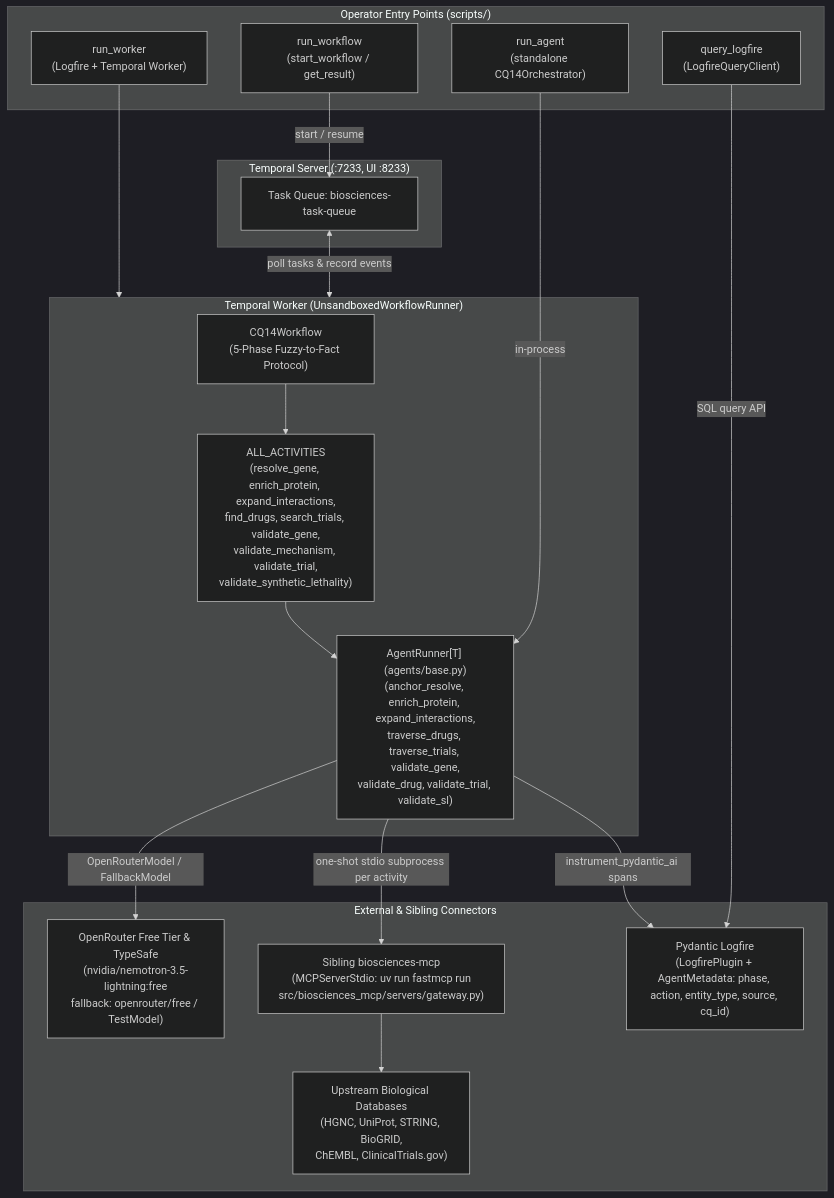
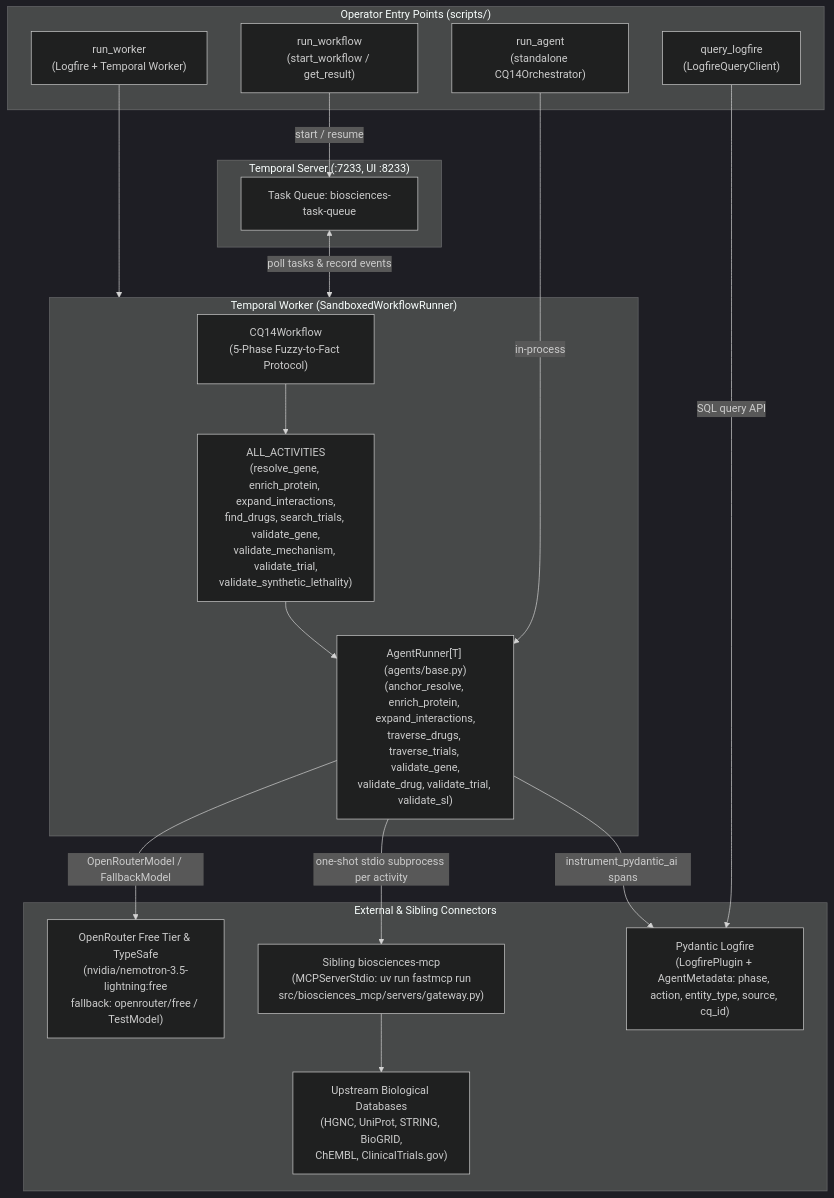
One commit to open-biosciences/biosciences-temporal changed the first of 3 diagrams in docs/ra_architecture/02_architecture_diagrams.md. Above: the diagram before and after it, drawn with Mermaid (dark theme). The commit also changed 8 other files, not shown here.

Commit message:
feat(temporal): switch worker to SandboxedWorkflowRunner and add sandbox validation test

````diff
--- a/docs/ra_architecture/02_architecture_diagrams.md
+++ b/docs/ra_architecture/02_architecture_diagrams.md
@@ -12,38 +12,38 @@
 ```mermaid
 flowchart TD
     subgraph CLI ["Operator Entry Points (scripts/)"]
         RA["run_agent<br/>(standalone CQ14Orchestrator)"]
         RWF["run_workflow<br/>(start_workflow / get_result)"]
         RWK["run_worker<br/>(Logfire + Temporal Worker)"]
         QL["query_logfire<br/>(LogfireQueryClient)"]
     end
 
     subgraph Temporal ["Temporal Server (:7233, UI :8233)"]
         TQ["Task Queue: biosciences-task-queue"]
     end
 
-    subgraph Worker ["Temporal Worker (UnsandboxedWorkflowRunner)"]
+    subgraph Worker ["Temporal Worker (SandboxedWorkflowRunner)"]
         WF["CQ14Workflow<br/>(5-Phase Fuzzy-to-Fact Protocol)"]
         ACT["ALL_ACTIVITIES<br/>(resolve_gene, enrich_protein, expand_interactions,<br/>find_drugs, search_trials, validate_gene,<br/>validate_mechanism, validate_trial,<br/>validate_synthetic_lethality)"]
         RUN["AgentRunner[T] (agents/base.py)<br/>(anchor_resolve, enrich_protein, expand_interactions,<br/>traverse_drugs, traverse_trials, validate_gene,<br/>validate_drug, validate_trial, validate_sl)"]
         WF --> ACT
         ACT --> RUN
     end
 
     subgraph Connectors ["External & Sibling Connectors"]
         OR["OpenRouter Free Tier & TypeSafe<br/>(nvidia/nemotron-3.5-lightning:free<br/>fallback: openrouter/free / TestModel)"]
         MCP["Sibling biosciences-mcp<br/>(MCPServerStdio: uv run fastmcp run<br/>src/biosciences_mcp/servers/gateway.py)"]
         APIS["Upstream Biological Databases<br/>(HGNC, UniProt, STRING, BioGRID,<br/>ChEMBL, ClinicalTrials.gov)"]
         LF["Pydantic Logfire<br/>(LogfirePlugin + AgentMetadata: phase, action, entity_type, source, cq_id)"]
     end
 
     RWF -->|start / resume| TQ
     RWK --> Worker
     TQ <-->|poll tasks & record events| Worker
     RA -->|in-process| RUN
     RUN -->|OpenRouterModel / FallbackModel| OR
     RUN -->|one-shot stdio subprocess per activity| MCP
     MCP --> APIS
     RUN -->|instrument_pydantic_ai spans| LF
     QL -->|SQL query API| LF
 ```
````
